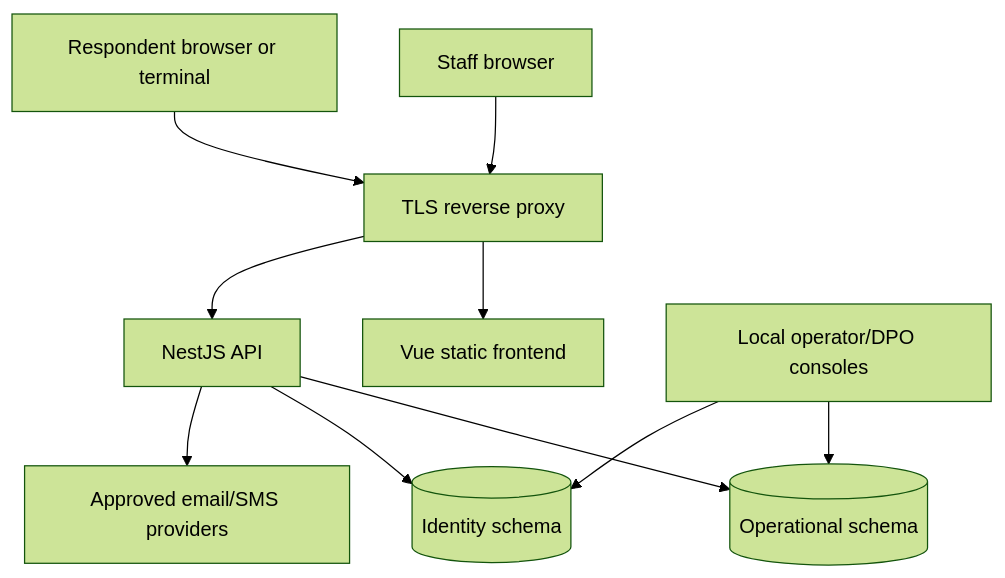
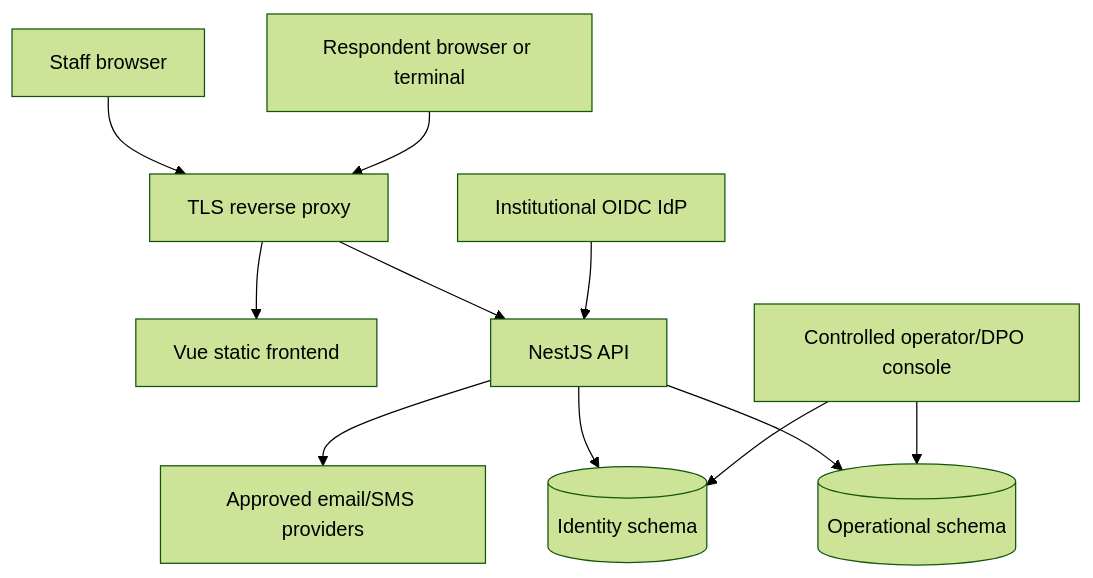
Before and after one commit to Titiplex/chpm-quiz: the diagram in docs/architecture.md, drawn with Mermaid (forest theme). The commit also changed other lines of this file and 24 other files, not shown here.

````diff
--- a/docs/architecture.md
+++ b/docs/architecture.md
@@ -7,12 +7,13 @@
 ```mermaid
 flowchart TB
   Staff["Staff browser"] --> Proxy["TLS reverse proxy"]
   Respondent["Respondent browser or terminal"] --> Proxy
   Proxy --> Frontend["Vue static frontend"]
   Proxy --> API["NestJS API"]
   API --> Operational[("Operational schema")]
   API --> Identity[("Identity schema")]
   API --> Providers["Approved email/SMS providers"]
-  Operator["Local operator/DPO consoles"] --> Operational
+  IdP["Institutional OIDC IdP"] --> API
+  Operator["Controlled operator/DPO console"] --> Operational
   Operator --> Identity
 ```
````
